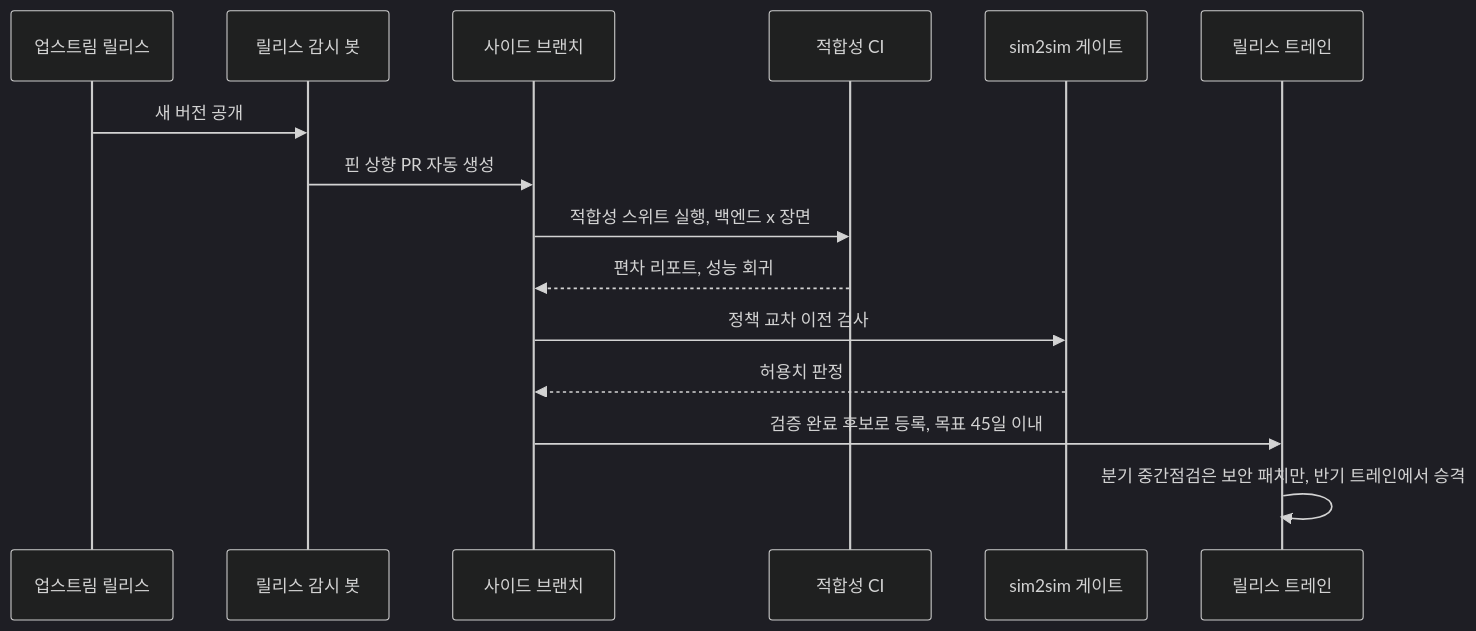
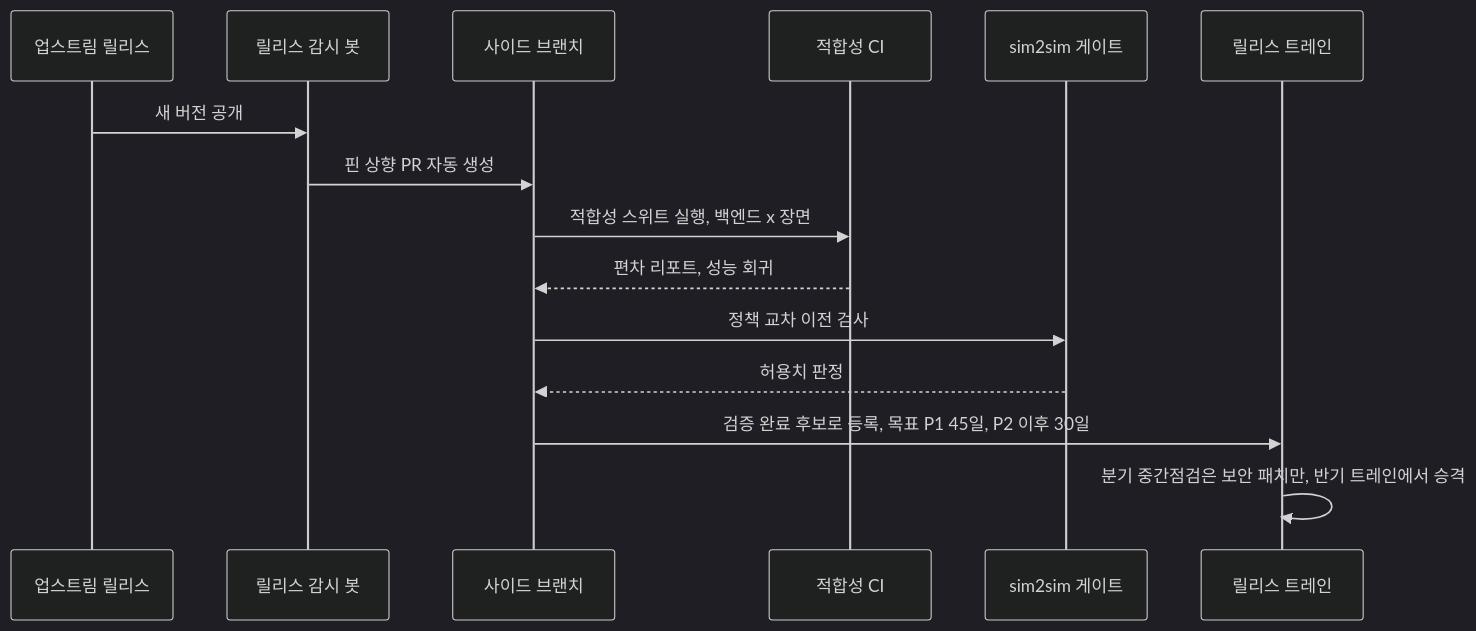
One commit to ouremployeeces-ship-it/AIResearch changed the eighth of 8 diagrams in docs/digital-twin-platform/03-engine-selection-build-vs-buy.md. Above: the diagram before and after it, drawn with Mermaid (dark theme). The commit also changed other lines of this file and 14 other files, not shown here.

````diff
--- a/docs/digital-twin-platform/03-engine-selection-build-vs-buy.md
+++ b/docs/digital-twin-platform/03-engine-selection-build-vs-buy.md
@@ -881,17 +874,17 @@
 ```mermaid
 sequenceDiagram
     participant U as 업스트림 릴리스
     participant B as 릴리스 감시 봇
     participant S as 사이드 브랜치
     participant C as 적합성 CI
     participant G as sim2sim 게이트
     participant T as 릴리스 트레인
     U->>B: 새 버전 공개
     B->>S: 핀 상향 PR 자동 생성
     S->>C: 적합성 스위트 실행, 백엔드 x 장면
     C-->>S: 편차 리포트, 성능 회귀
     S->>G: 정책 교차 이전 검사
     G-->>S: 허용치 판정
-    S->>T: 검증 완료 후보로 등록, 목표 45일 이내
+    S->>T: 검증 완료 후보로 등록, 목표 P1 45일, P2 이후 30일
     T->>T: 분기 중간점검은 보안 패치만, 반기 트레인에서 승격
 ```
````
